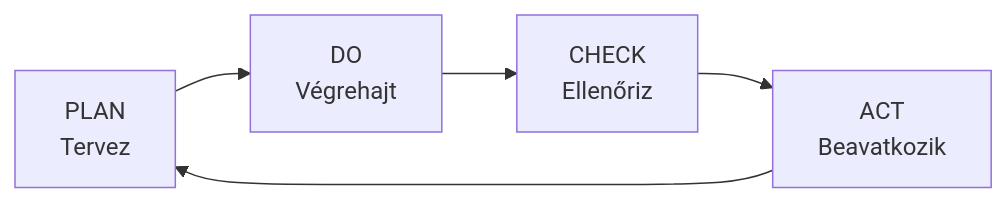
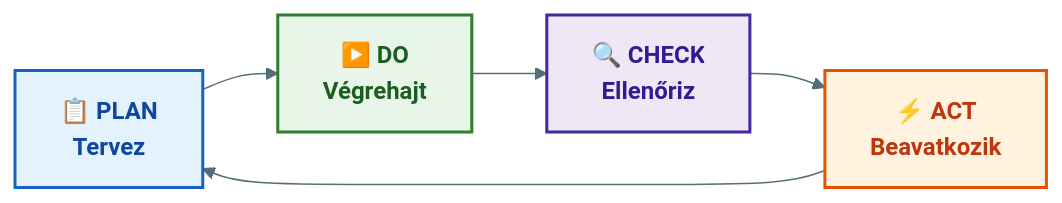
One commit to denespocsik/MM_BSC_Zarovizsga changed the second of 2 diagrams in Tételek/V05-GMXSF2MBLF-Folyamatszemléletű irányítási rendszerek.tétel.md. Above: the diagram before and after it, drawn with Mermaid. The commit also changed other lines of this file and 7 other files, not shown here.

First line of the commit message:
style(V01-V05): Mermaid diagram stílus egységesítése a V11-V12 mintájára

````diff
--- a/Tételek/V05-GMXSF2MBLF-Folyamatszemléletű irányítási rendszerek.tétel.md
+++ b/Tételek/V05-GMXSF2MBLF-Folyamatszemléletű irányítási rendszerek.tétel.md
@@ -66,7 +72,13 @@
 ```mermaid
+%%{init: {'theme': 'base', 'themeVariables': {'primaryColor': '#E3F2FD', 'primaryBorderColor': '#1565C0', 'lineColor': '#546E7A', 'edgeLabelBackground': '#F5F5F5'}}}%%
 flowchart LR
-    P["PLAN<br/>Tervez"] --> D["DO<br/>Végrehajt"]
-    D --> C["CHECK<br/>Ellenőriz"]
-    C --> A["ACT<br/>Beavatkozik"]
+    classDef plan  fill:#E3F2FD,stroke:#1565C0,stroke-width:2px,color:#0D47A1,font-weight:bold
+    classDef do    fill:#E8F5E9,stroke:#2E7D32,stroke-width:2px,color:#1B5E20,font-weight:bold
+    classDef check fill:#EDE7F6,stroke:#4527A0,stroke-width:2px,color:#311B92,font-weight:bold
+    classDef act   fill:#FFF3E0,stroke:#E65100,stroke-width:2px,color:#BF360C,font-weight:bold
+
+    P["📋 PLAN<br/>Tervez"]:::plan --> D["▶️ DO<br/>Végrehajt"]:::do
+    D --> C["🔍 CHECK<br/>Ellenőriz"]:::check
+    C --> A["⚡ ACT<br/>Beavatkozik"]:::act
     A --> P
 ```
````
